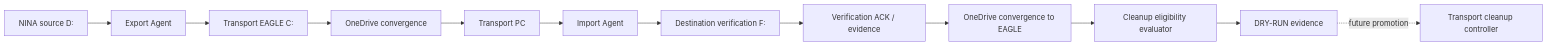
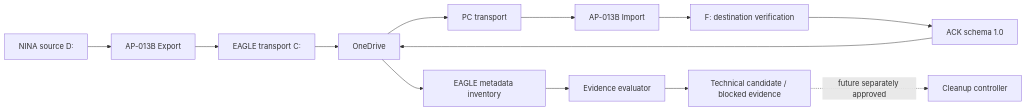
The diagram in docs/architecture/packages/AP-013C-Verified-Transport-Cleanup-and-Convergence-Monitoring.md (maininimassimo-bit/digital-stargate-manual), drawn with Mermaid before and after one commit. The commit also changed other lines of this file, not shown here.

Commit message:
docs(architecture): align AP-013C with ARB remediation

````diff
--- a/docs/architecture/packages/AP-013C-Verified-Transport-Cleanup-and-Convergence-Monitoring.md
+++ b/docs/architecture/packages/AP-013C-Verified-Transport-Cleanup-and-Convergence-Monitoring.md
@@ -97,14 +84,15 @@
 ```mermaid
 flowchart LR
-    A[NINA source D:] --> B[Export Agent]
-    B --> C[Transport EAGLE C:]
-    C --> D[OneDrive convergence]
-    D --> E[Transport PC]
-    E --> F[Import Agent]
-    F --> G[Destination verification F:]
-    G --> H[Verification ACK / evidence]
-    H --> I[OneDrive convergence to EAGLE]
-    I --> J[Cleanup eligibility evaluator]
-    J --> K[DRY-RUN evidence]
-    K -. future promotion .-> L[Transport cleanup controller]
+    A[NINA source D:] --> B[AP-013B Export]
+    B --> C[EAGLE transport C:]
+    C --> D[OneDrive]
+    D --> E[PC transport]
+    E --> F[AP-013B Import]
+    F --> G[F: destination verification]
+    G --> H[ACK schema 1.0]
+    H --> D
+    D --> I[EAGLE metadata inventory]
+    I --> J[Evidence evaluator]
+    J --> K[Technical candidate / blocked evidence]
+    K -. future separately approved .-> L[Cleanup controller]
 ```
````
